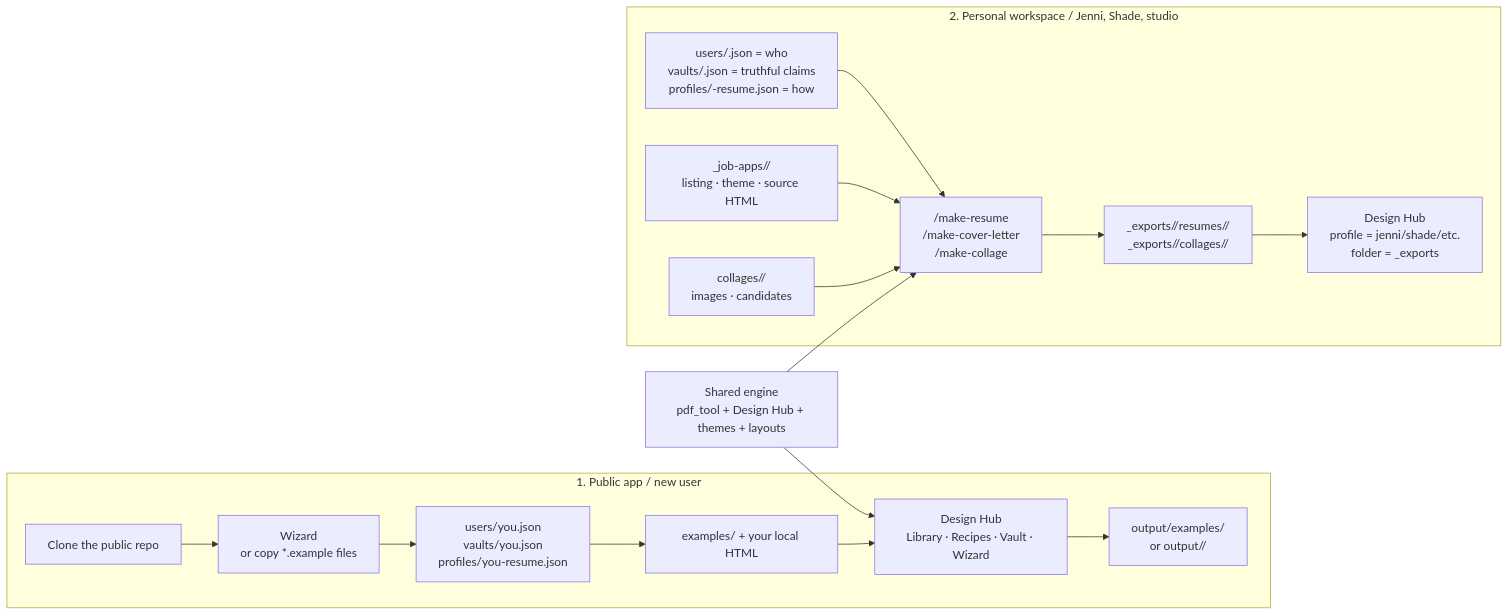
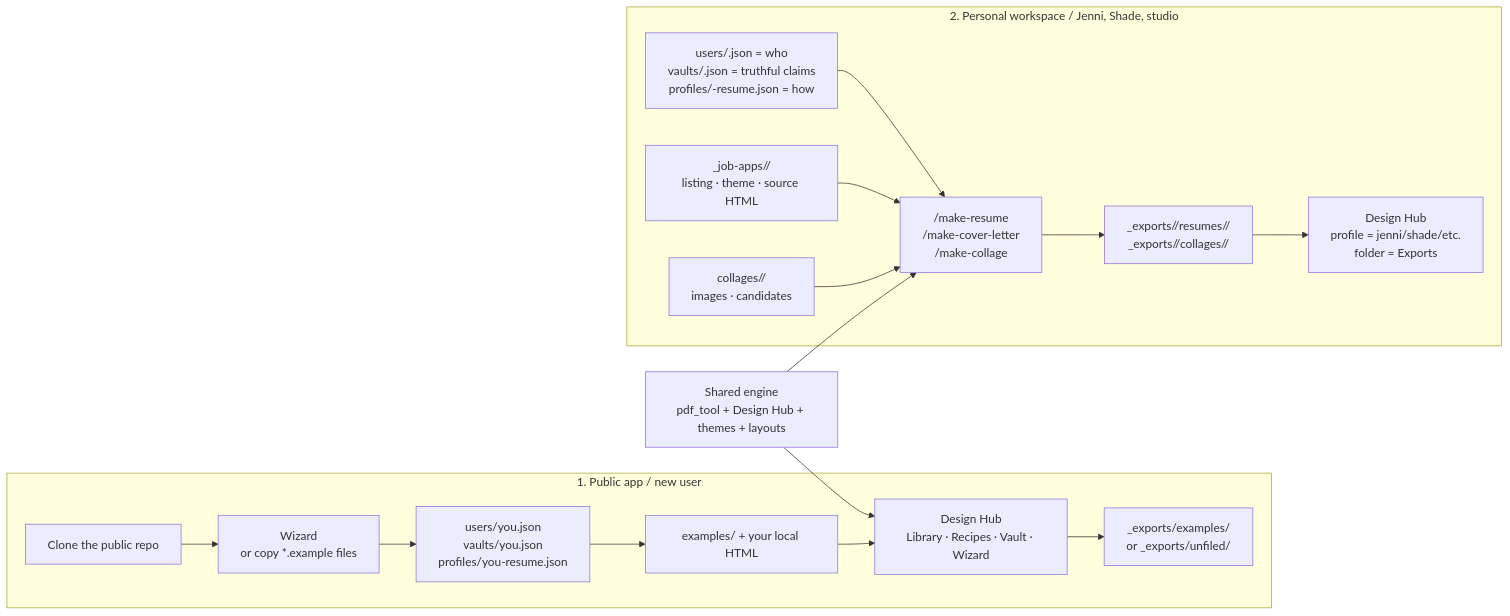
Before and after one commit to jenninexus/pdf-designer: the diagram in docs/WORKSPACE-LAYOUT.md, drawn with Mermaid. The commit also changed other lines of this file and 59 other files, not shown here.

````diff
--- a/docs/WORKSPACE-LAYOUT.md
+++ b/docs/WORKSPACE-LAYOUT.md
@@ -15,28 +15,28 @@
 ```mermaid
 flowchart LR
   Engine["Shared engine<br/>pdf_tool + Design Hub + themes + layouts"]
 
   subgraph Public["1. Public app / new user"]
     Clone["Clone the public repo"] --> Setup["Wizard<br/>or copy *.example files"]
     Setup --> Seeds["users/you.json<br/>vaults/you.json<br/>profiles/you-resume.json"]
     Seeds --> PublicSource["examples/ + your local HTML"]
     PublicSource --> PublicHub["Design Hub<br/>Library · Recipes · Vault · Wizard"]
-    PublicHub --> PublicOut["output/examples/<br/>or output/<kind>/"]
+    PublicHub --> PublicOut["_exports/examples/<br/>or _exports/unfiled/"]
   end
 
   subgraph Personal["2. Personal workspace / Jenni, Shade, studio"]
     Identity["users/<user>.json = who<br/>vaults/<user>.json = truthful claims<br/>profiles/<user>-resume.json = how"]
     Job["_job-apps/<application>/<br/>listing · theme · source HTML"]
     Collage["collages/<project>/<br/>images · candidates"]
     Commands["/make-resume<br/>/make-cover-letter<br/>/make-collage"]
-    PrivateHub["Design Hub<br/>profile = jenni/shade/etc.<br/>folder = _exports"]
+    PrivateHub["Design Hub<br/>profile = jenni/shade/etc.<br/>folder = Exports"]
     PrivateOut["_exports/<user>/resumes/<application>/<br/>_exports/<user>/collages/<project>/"]
     Identity --> Commands
     Job --> Commands
     Collage --> Commands
     Commands --> PrivateOut --> PrivateHub
   end
 
   Engine --> PublicHub
   Engine --> Commands
 ```
````
